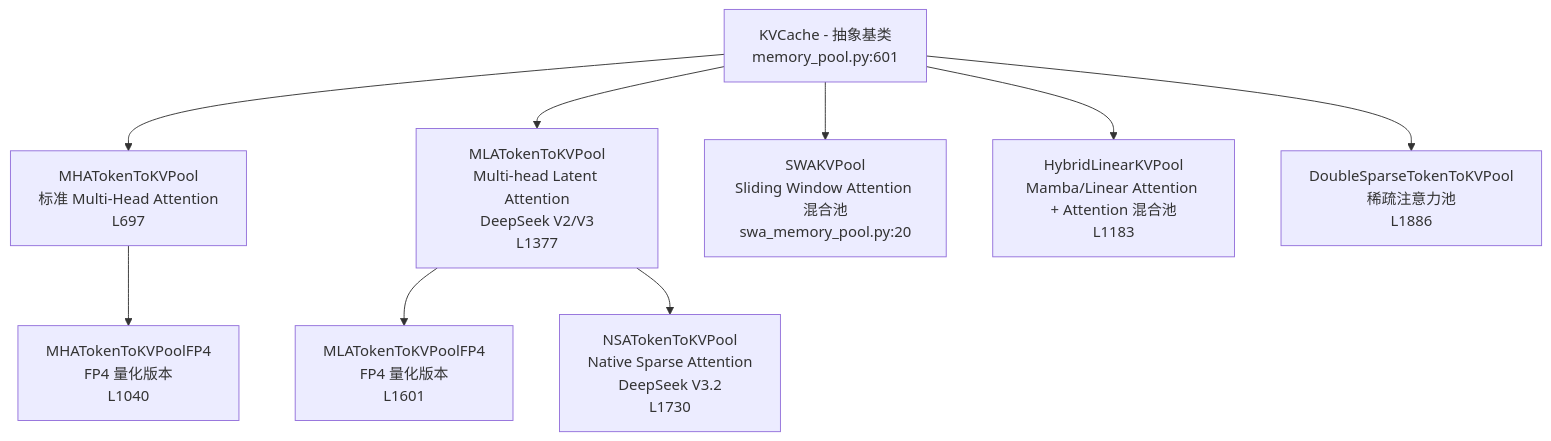
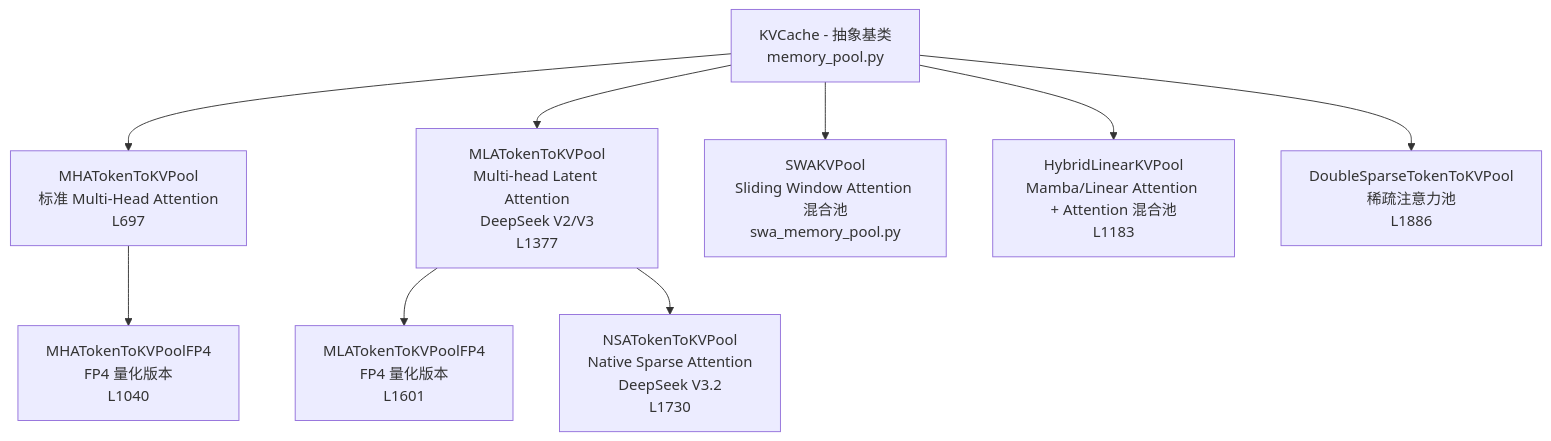
One commit to wesleyck/AIInfraNotes changed the eighth of 16 diagrams in SGLang/06-memory-pool.md. Above: the diagram before and after it, drawn with Mermaid. The commit also changed other lines of this file and 26 other files, not shown here.

````diff
--- a/SGLang/06-memory-pool.md
+++ b/SGLang/06-memory-pool.md
@@ -277,21 +289,21 @@
 ```mermaid
 flowchart TB
-    KVCache["KVCache - 抽象基类<br/>memory_pool.py:601"]
+    KVCache["KVCache - 抽象基类<br/>memory_pool.py"]
     MHA["MHATokenToKVPool<br/>标准 Multi-Head Attention<br/>L697"]
     MHAFP4["MHATokenToKVPoolFP4<br/>FP4 量化版本<br/>L1040"]
     MLA["MLATokenToKVPool<br/>Multi-head Latent Attention<br/>DeepSeek V2/V3<br/>L1377"]
     MLAFP4["MLATokenToKVPoolFP4<br/>FP4 量化版本<br/>L1601"]
     NSA["NSATokenToKVPool<br/>Native Sparse Attention<br/>DeepSeek V3.2<br/>L1730"]
-    SWA["SWAKVPool<br/>Sliding Window Attention 混合池<br/>swa_memory_pool.py:20"]
+    SWA["SWAKVPool<br/>Sliding Window Attention 混合池<br/>swa_memory_pool.py"]
     Hybrid["HybridLinearKVPool<br/>Mamba/Linear Attention + Attention 混合池<br/>L1183"]
     DS["DoubleSparseTokenToKVPool<br/>稀疏注意力池<br/>L1886"]
 
     KVCache --> MHA
     KVCache --> MLA
     KVCache --> SWA
     KVCache --> Hybrid
     KVCache --> DS
     MHA --> MHAFP4
     MLA --> MLAFP4
     MLA --> NSA
 ```
````
